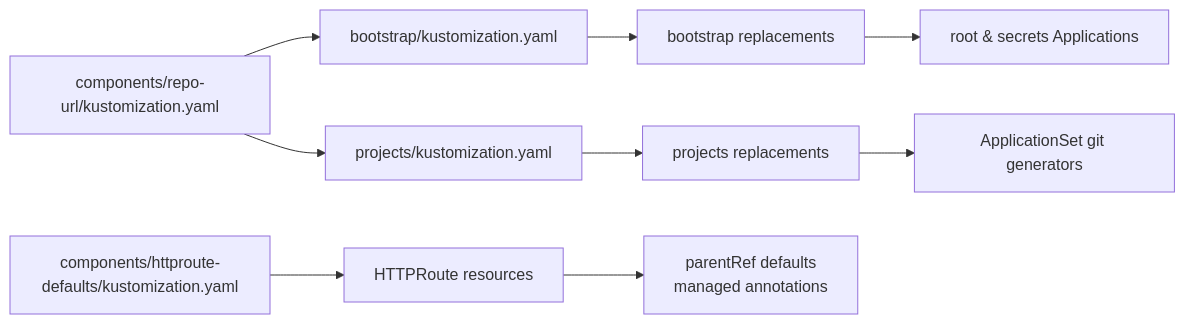
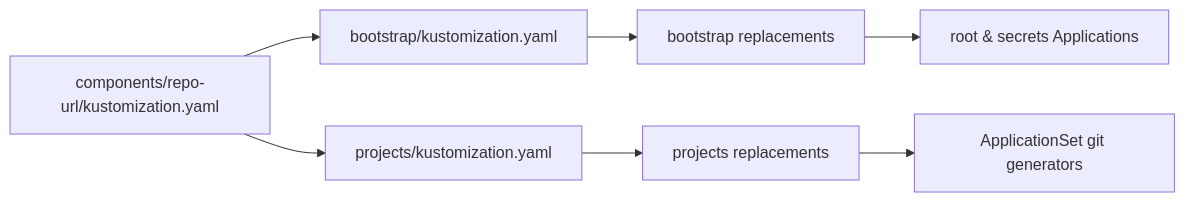
The sixth of 7 diagrams in .qoder/repowiki/en/content/Architecture and Design/Component-Based Design Patterns.md (Hoangvu75/k8s_manifest), drawn with Mermaid before and after one commit. The commit also changed other lines of this file and 15 other files, not shown here.

````diff
--- a/.qoder/repowiki/en/content/Architecture and Design/Component-Based Design Patterns.md
+++ b/.qoder/repowiki/en/content/Architecture and Design/Component-Based Design Patterns.md
@@ -265,11 +224,9 @@
 ```mermaid
 graph LR
 RepoURL["components/repo-url/kustomization.yaml"] --> BootstrapK["bootstrap/kustomization.yaml"]
 RepoURL --> ProjectsK["projects/kustomization.yaml"]
-HTTPDefaults["components/httproute-defaults/kustomization.yaml"] --> HTTPRouteResources["HTTPRoute resources"]
 BootstrapK --> ReplacementsB["bootstrap replacements"]
 ProjectsK --> ReplacementsP["projects replacements"]
-HTTPRouteResources --> DefaultsPatch["parentRef defaults<br/>managed annotations"]
 ReplacementsB --> TargetB["root & secrets Applications"]
 ReplacementsP --> TargetP["ApplicationSet git generators"]
 ```
````
